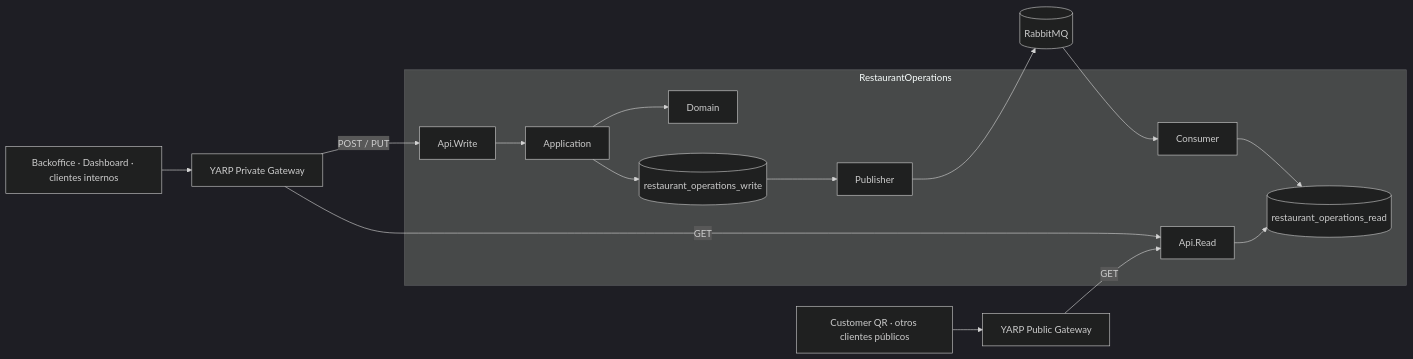
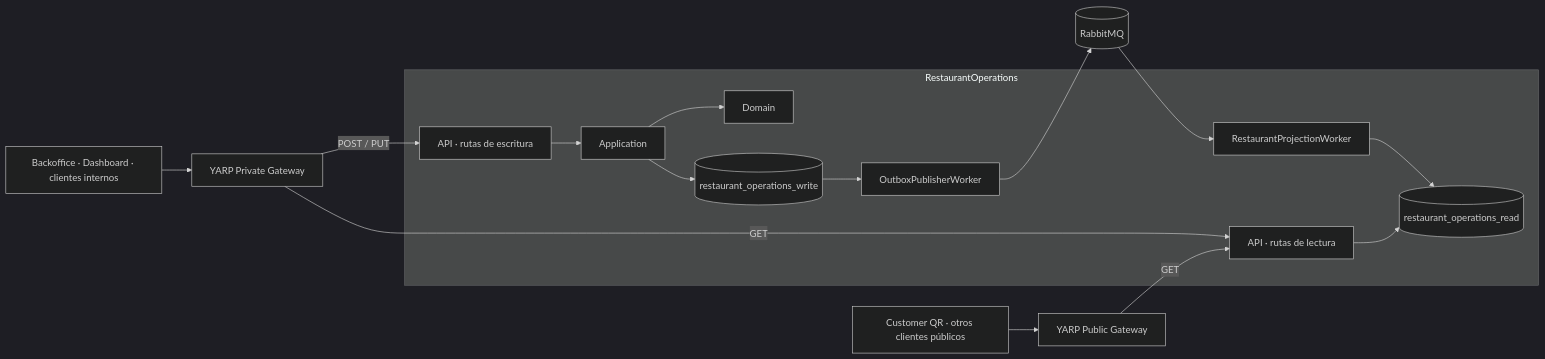
The first of 7 diagrams in docs/RestaurantOperations.README.md (sergioocode/Restaurantes), drawn with Mermaid (dark theme) before and after one commit. The commit also changed other lines of this file and 11 other files, not shown here.

````diff
--- a/docs/RestaurantOperations.README.md
+++ b/docs/RestaurantOperations.README.md
@@ -54,35 +52,35 @@
 ```mermaid
 flowchart LR
     PrivateClients["Backoffice · Dashboard · clientes internos"]
     PublicClients["Customer QR · otros clientes públicos"]
     PrivateGateway["YARP Private Gateway"]
     PublicGateway["YARP Public Gateway"]
 
     subgraph RestaurantOperations["RestaurantOperations"]
-        WriteApi["Api.Write"]
+        WriteApi["API · rutas de escritura"]
         Application["Application"]
         Domain["Domain"]
         WriteDb[("restaurant_operations_write")]
-        Publisher["Publisher"]
-        Consumer["Consumer"]
+        Publisher["OutboxPublisherWorker"]
+        Consumer["RestaurantProjectionWorker"]
         ReadDb[("restaurant_operations_read")]
-        ReadApi["Api.Read"]
+        ReadApi["API · rutas de lectura"]
     end
 
     Rabbit[("RabbitMQ")]
 
     PrivateClients --> PrivateGateway
     PrivateGateway -->|POST / PUT| WriteApi
     PrivateGateway -->|GET| ReadApi
     PublicClients --> PublicGateway
     PublicGateway -->|GET| ReadApi
 
     WriteApi --> Application
     Application --> Domain
     Application --> WriteDb
     WriteDb --> Publisher
     Publisher --> Rabbit
     Rabbit --> Consumer
     Consumer --> ReadDb
     ReadApi --> ReadDb
 ```
````
